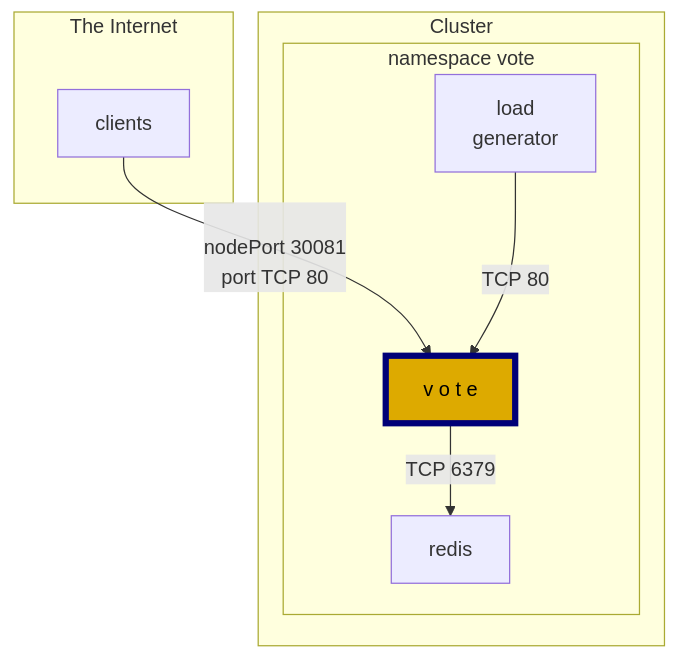
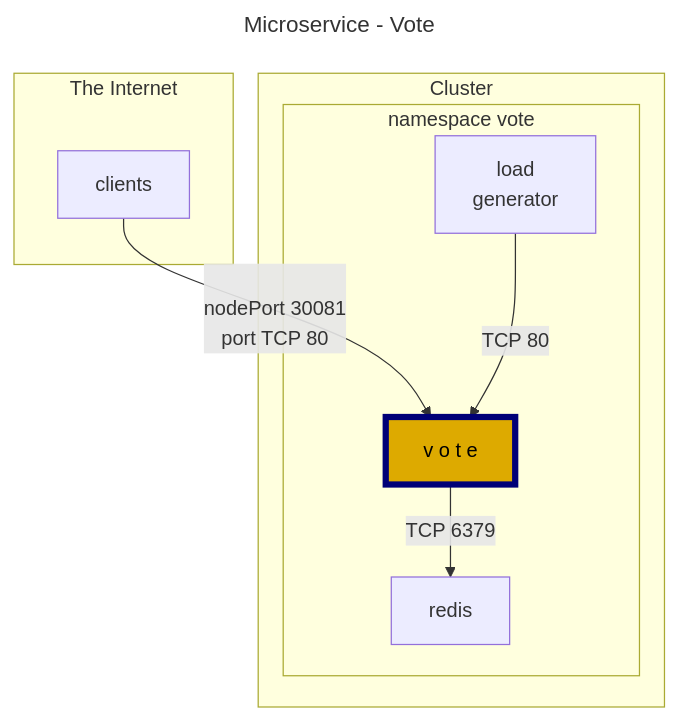
The third of 7 diagrams in README.md (regisftm/owasp-toronto), drawn with Mermaid before and after one commit. The commit also changed other lines of this file, not shown here.

````diff
--- a/README.md
+++ b/README.md
@@ -81,17 +103,20 @@
 ```mermaid
+---
+title: Microservice - Vote
+---
 flowchart TD
 subgraph The Internet
     Z[clients]
 end
 Z -->|\nnodePort 30081 \n port TCP 80| B
 subgraph Cluster
     subgraph namespace vote
         A[load\n generator]
         B[v o t e]
         C[redis]
         style B fill:#da0,stroke:#007,color:#000,stroke-width:5px
     end
     A -->|TCP 80| B
     B -->|TCP 6379| C
 end
 ```
````
